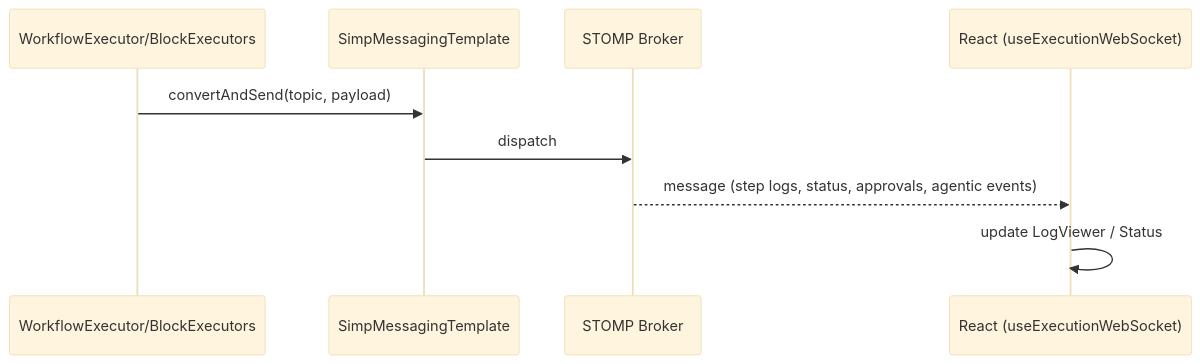
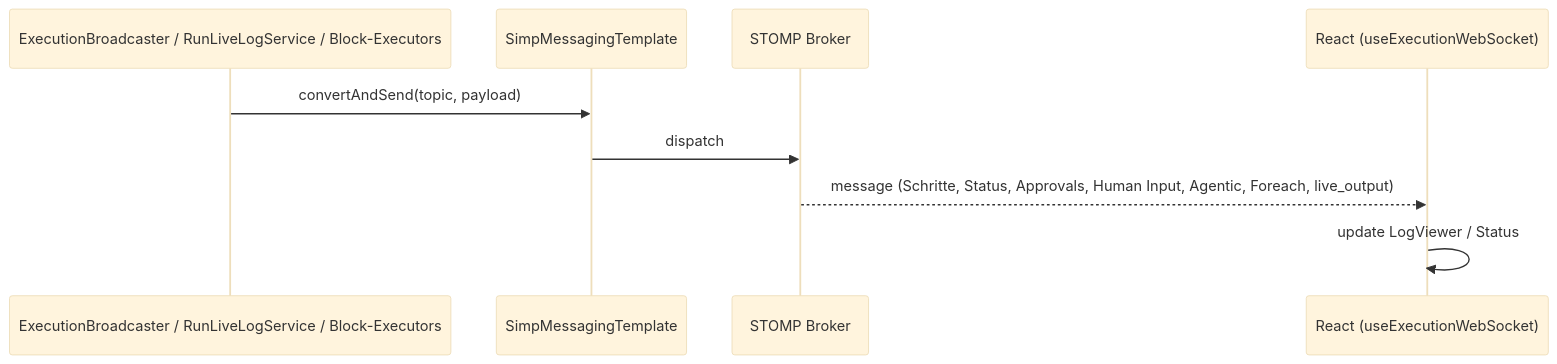
The first of 2 diagrams in docs/logging-monitoring-diagrams.md (FLSEST/MySuricates), drawn with Mermaid (base theme) before and after one commit. The commit also changed other lines of this file and 4 other files, not shown here.

First line of the commit message:
docs(diagramme): Logging page names categories, health status and rate-limit defaults like the code

````diff
--- a/docs/logging-monitoring-diagrams.md
+++ b/docs/logging-monitoring-diagrams.md
@@ -7,12 +7,12 @@
 ```mermaid
 sequenceDiagram
-    participant BE as WorkflowExecutor/BlockExecutors
+    participant BE as ExecutionBroadcaster / RunLiveLogService / Block-Executors
     participant SMT as SimpMessagingTemplate
     participant ST as STOMP Broker
     participant UI as React (useExecutionWebSocket)
 
     BE->>SMT: convertAndSend(topic, payload)
     SMT->>ST: dispatch
-    ST-->>UI: message (step logs, status, approvals, agentic events)
+    ST-->>UI: message (Schritte, Status, Approvals, Human Input, Agentic, Foreach, live_output)
     UI->>UI: update LogViewer / Status
 ```
````
